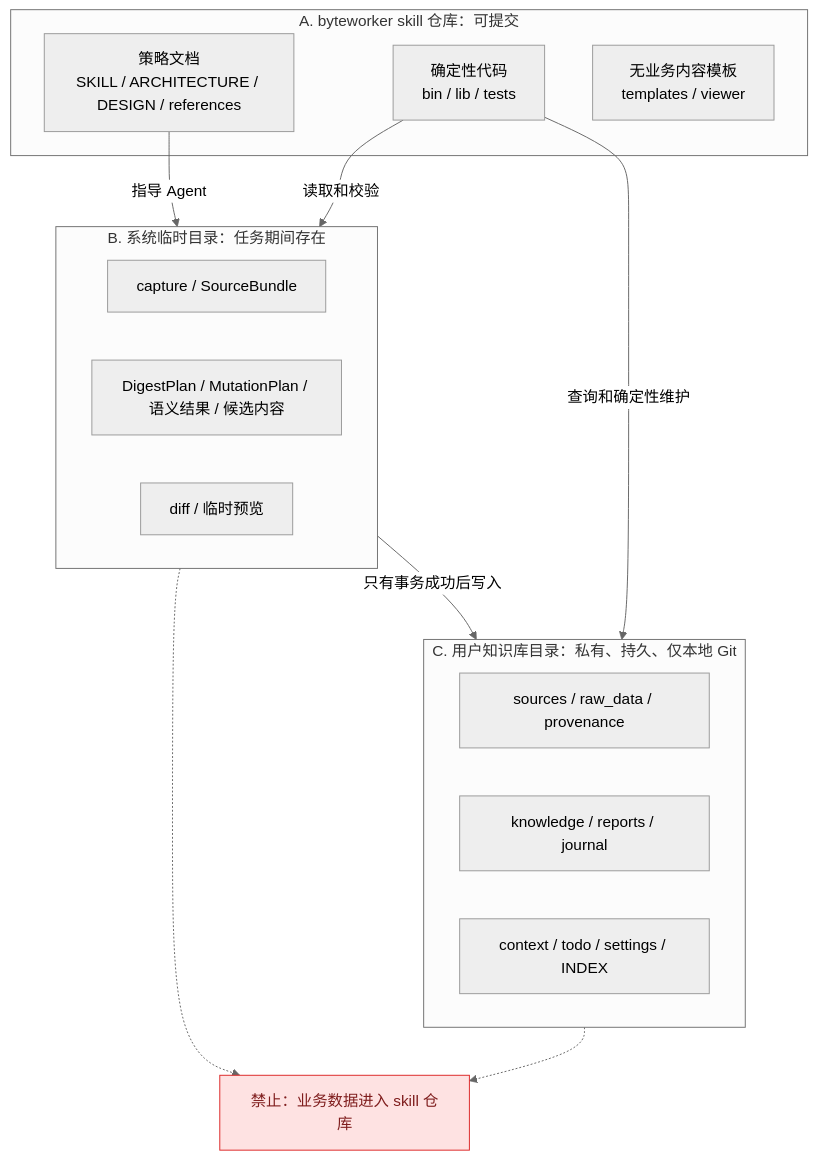
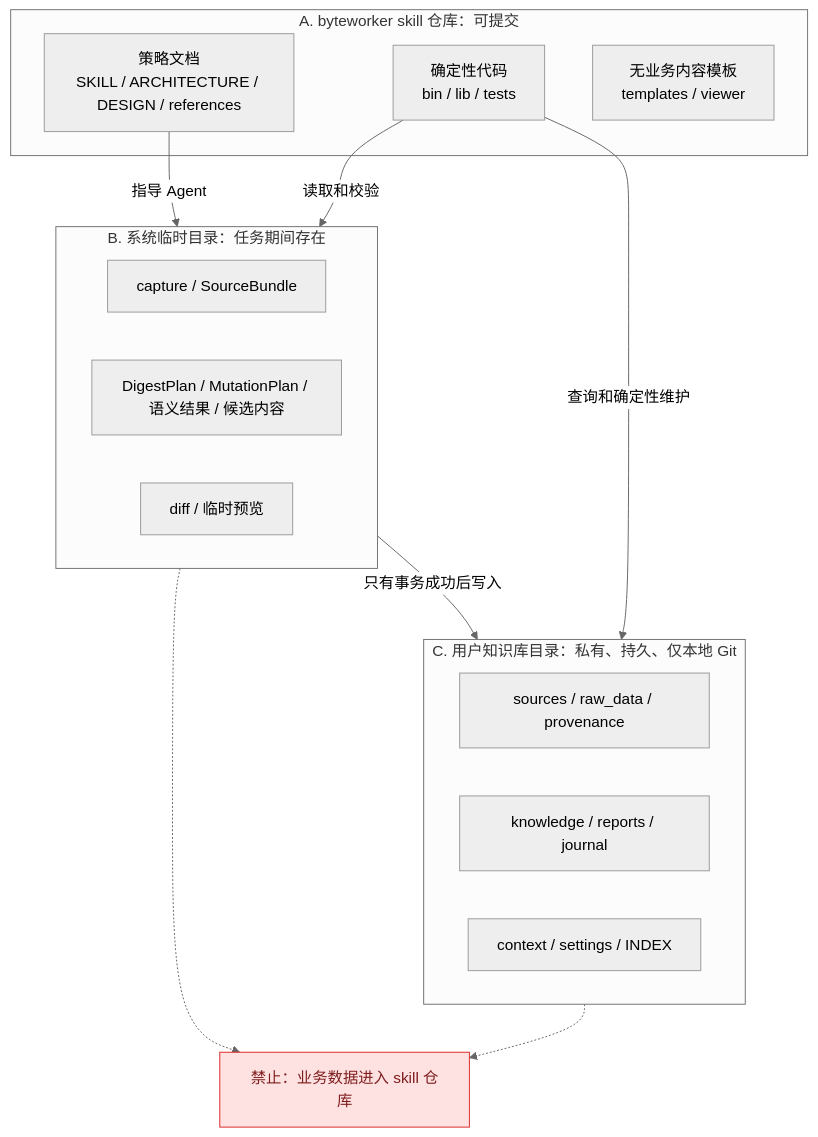
Before and after one commit to ranjiao/byteworker: the second of 19 diagrams in docs/development/ARCHITECTURE.md, drawn with Mermaid (neutral theme). The commit also changed other lines of this file and 81 other files, not shown here.

````diff
--- a/docs/development/ARCHITECTURE.md
+++ b/docs/development/ARCHITECTURE.md
@@ -58,31 +58,31 @@
 ```mermaid
 flowchart TB
     subgraph R["A. byteworker skill 仓库：可提交"]
         R1["策略文档<br/>SKILL / ARCHITECTURE / DESIGN / references"]
         R2["确定性代码<br/>bin / lib / tests"]
         R3["无业务内容模板<br/>templates / viewer"]
     end
 
     subgraph T["B. 系统临时目录：任务期间存在"]
         T1["capture / SourceBundle"]
         T2["DigestPlan / MutationPlan / 语义结果 / 候选内容"]
         T3["diff / 临时预览"]
     end
 
     subgraph K["C. 用户知识库目录：私有、持久、仅本地 Git"]
         K1["sources / raw_data / provenance"]
         K2["knowledge / reports / journal"]
-        K3["context / todo / settings / INDEX"]
+        K3["context / settings / INDEX"]
     end
 
     R1 -->|"指导 Agent"| T
     R2 -->|"读取和校验"| T
     T -->|"只有事务成功后写入"| K
     R2 -->|"查询和确定性维护"| K
 
     X["禁止：业务数据进入 skill 仓库"]:::danger
     T -.-> X
     K -.-> X
 
     classDef danger fill:#fee2e2,stroke:#dc2626,color:#7f1d1d
 ```
````
